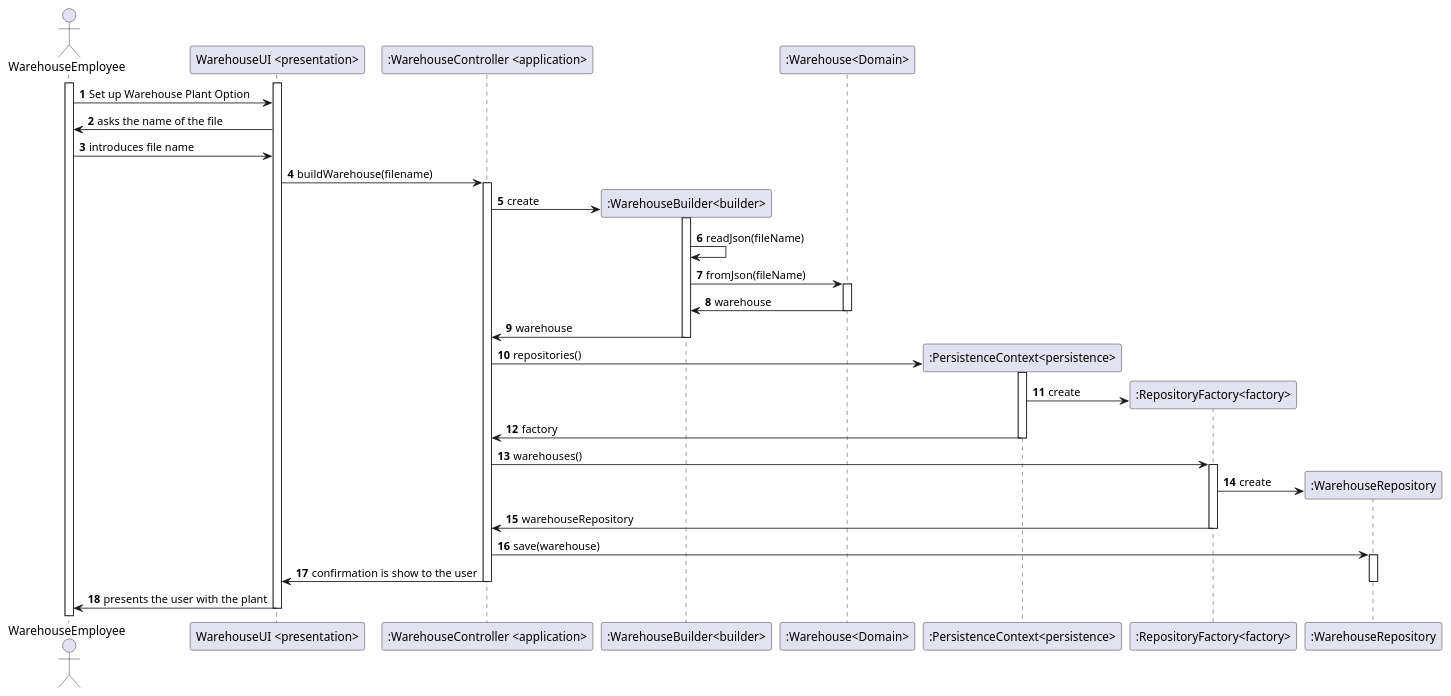
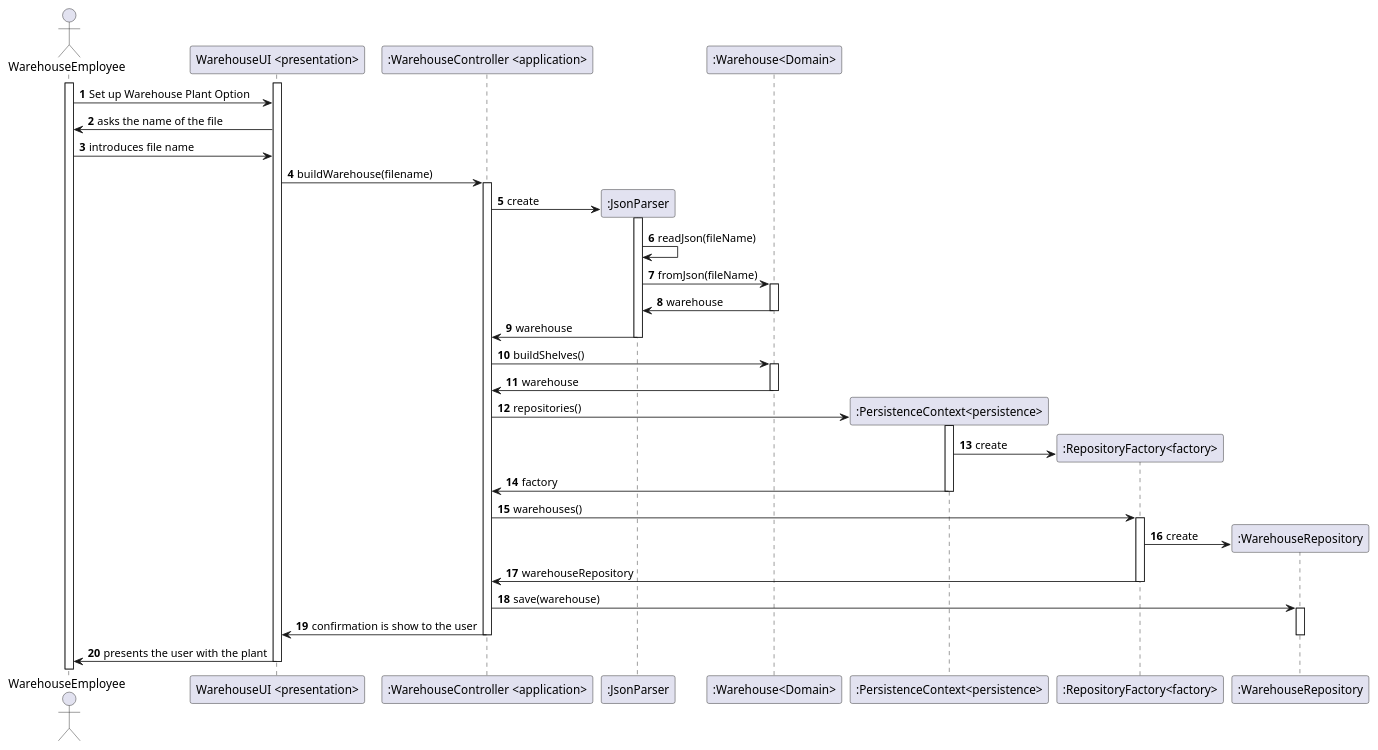
Before and after one commit to RuiRioPina/LAPR4-21-22: the diagram in docs/1201568/US2001/Diagramas/sd.puml, drawn with PlantUML. The commit also changed 14 other files, not shown here.

```diff
--- a/docs/1201568/US2001/Diagramas/sd.puml
+++ b/docs/1201568/US2001/Diagramas/sd.puml
@@ -1,66 +1,73 @@
 @startuml
 autonumber
 actor "WarehouseEmployee" as SC
 
 participant  "WarehouseUI <presentation>" as SYS
 participant ":WarehouseController <application>" as CTRL
-participant ":WarehouseBuilder<builder>" as CSB
+participant ":JsonParser" as CSB
 participant ":Warehouse<Domain>" as CUS
 participant ":PersistenceContext<persistence>" as PC
 participant ":RepositoryFactory<factory>" as RF
 participant ":WarehouseRepository" as CR
 
 
 
 
 activate SC
 activate SYS
 
 SC-> SYS: Set up Warehouse Plant Option
 
 SYS-> SC: asks the name of the file
 
 SC-> SYS: introduces file name
 
 SYS-> CTRL : buildWarehouse(filename)
 
 activate CTRL
 CTRL-> CSB **: create
 
 activate CSB
 CSB-> CSB: readJson(fileName)
 
 CSB -> CUS : fromJson(fileName)
 activate CUS
 
 CUS -> CSB: warehouse
 deactivate CUS
 
 CSB -> CTRL: warehouse
 
 deactivate CSB
+deactivate CUS
+CTRL->CUS: buildShelves()
+activate CUS
+
+CUS -> CTRL: warehouse
+deactivate CUS
+
 
 CTRL-> PC**: repositories()
 activate PC
 PC-> RF**: create
 PC-> CTRL: factory
 deactivate PC
 
 CTRL-> RF: warehouses()
 activate RF
 RF->CR**: create
 
 RF->CTRL: warehouseRepository
 deactivate RF
 CTRL->CR: save(warehouse)
 
 deactivate PC
 activate CR
 
 CTRL -> SYS: confirmation is show to the user
 deactivate CR
 deactivate CTRL
 
 SYS-> SC: presents the user with the plant
 deactivate SYS
 @enduml
```
